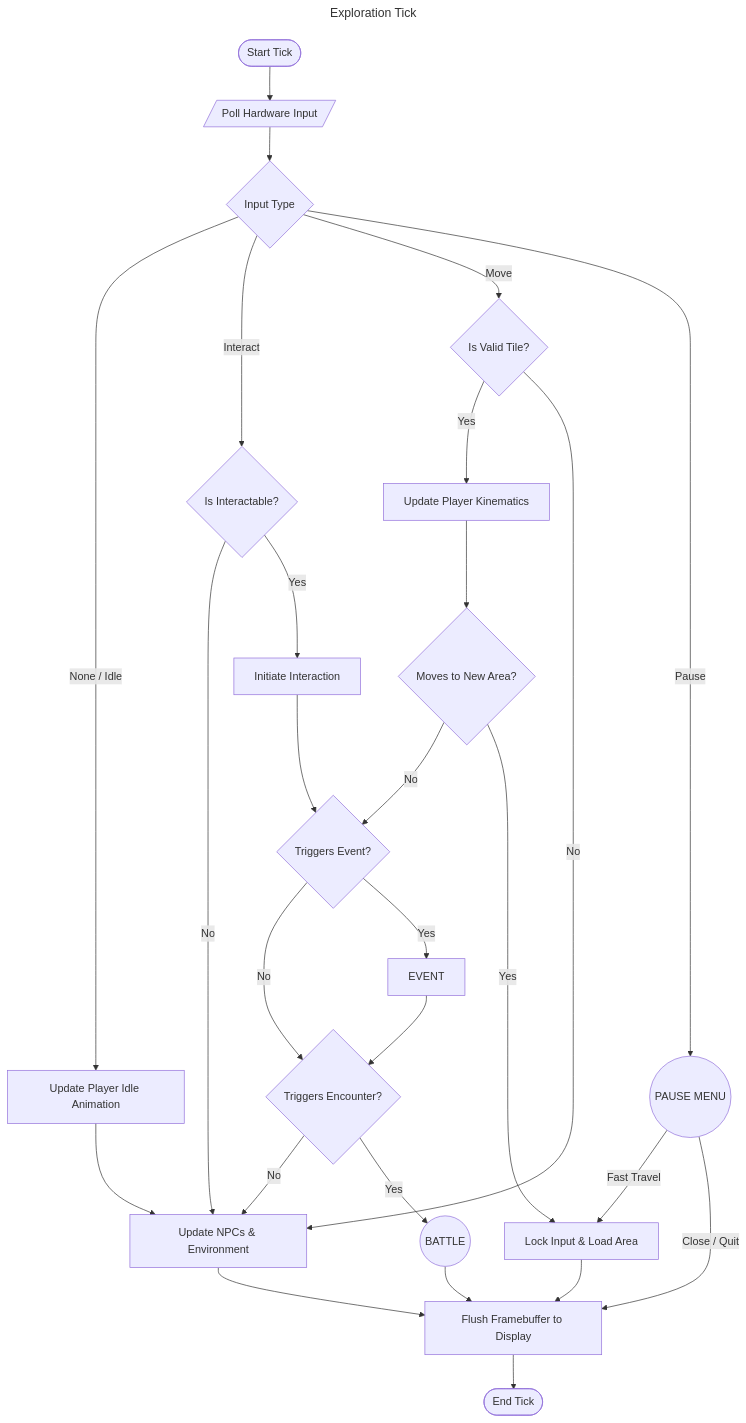
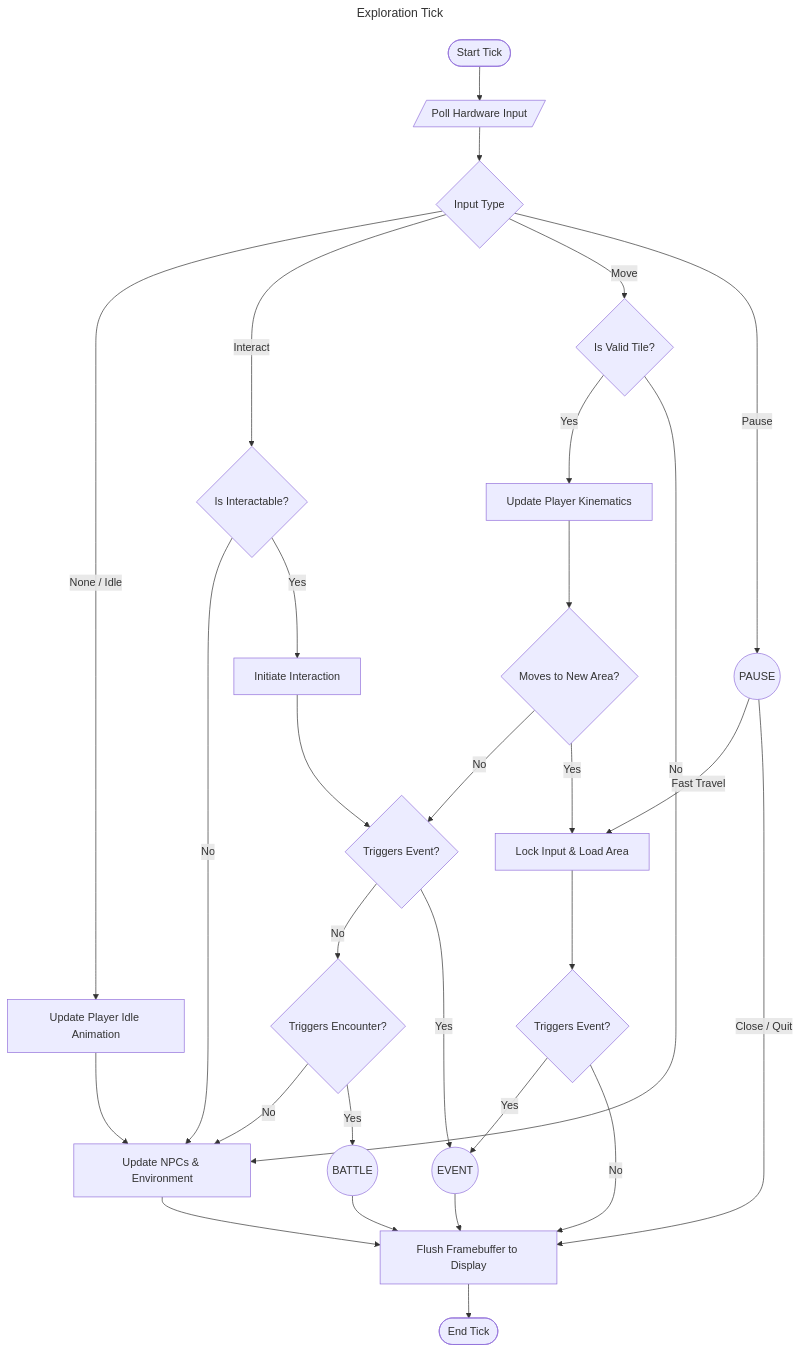
Before and after one commit to CharlesMC11/sprite-engine: the diagram in Documentation/exploration-ticks.mmd, drawn with Mermaid.

Commit message:
`EVENT` subsystem
Also check if entering a new area triggers an event

```diff
--- a/Documentation/exploration-ticks.mmd
+++ b/Documentation/exploration-ticks.mmd
@@ -1,40 +1,43 @@
 ---
 title: Exploration Tick
 ---
 flowchart
     START([Start Tick]) --> Input[/Poll Hardware Input/]
     Input --> InputType{Input Type}
     InputType -->|None / Idle| Idle[Update Player Idle Animation]
     InputType -->|Interact| Interactable?{Is Interactable?}
     InputType -->|Move| Physics{Is Valid Tile?}
-    InputType -->|Pause| PAUSE((PAUSE MENU))
+    InputType -->|Pause| PAUSE((PAUSE))
 
     Idle --> SimWorld[Update NPCs & Environment]
 
     PAUSE -->|Fast Travel| Load
     PAUSE -->|Close / Quit| Render
 
     Interactable? -->|No| SimWorld
     Interactable? -->|Yes| Interact[Initiate Interaction]
     Interact --> Event?{Triggers Event?}
 
     Event? -->|No| Encounter?{Triggers Encounter?}
     Encounter? -->|No| SimWorld
     Encounter? -->|Yes| Battle((BATTLE))
 
-    Event? -->|Yes| EVENT
-    EVENT --> Encounter?
+    Event? -->|Yes| EVENT((EVENT))
+    EVENT --> Render
 
     Physics -->|Yes| Move[Update Player Kinematics]
     Physics -->|No| SimWorld
 
     Move --> LoadArea?{Moves to New Area?}
     LoadArea? -->|No| Event?
     LoadArea? -->|Yes| Load[Lock Input & Load Area]
 
+    Load --> Event?2{Triggers Event?}
+    Event?2 -->|Yes| EVENT
+    Event?2 -->|No| Render
+
     SimWorld--> Render[Flush Framebuffer to Display]
 
-    Load --> Render
     Battle --> Render
 
     Render --> END([End Tick])
```
